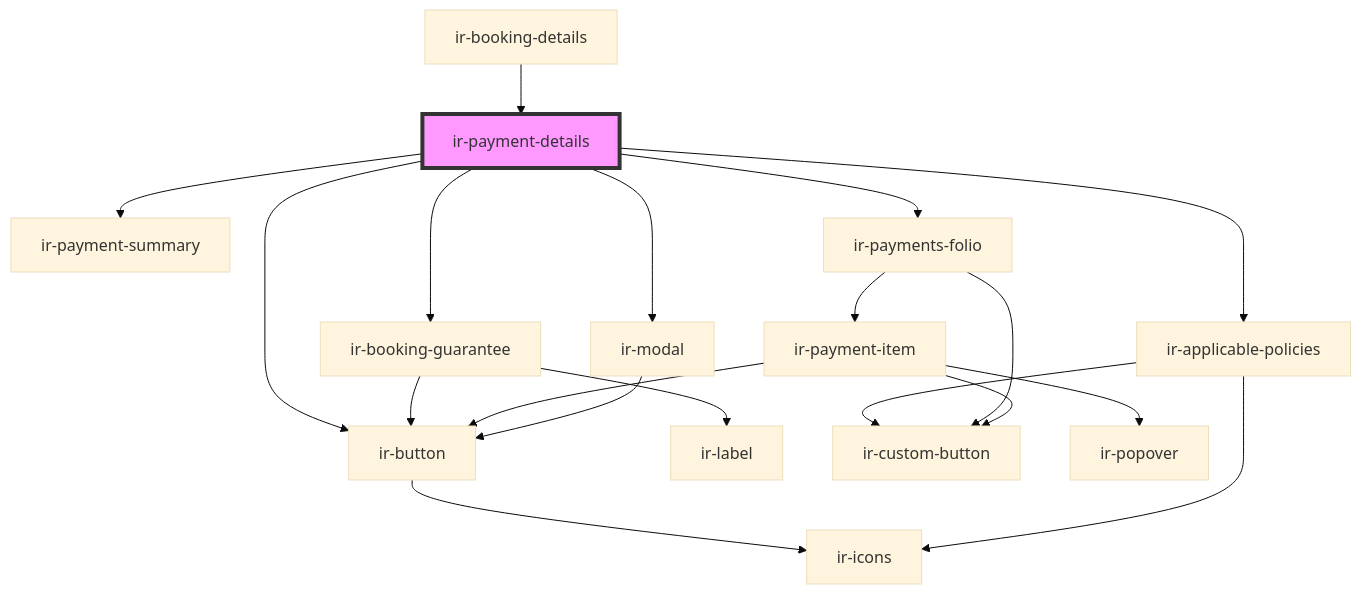
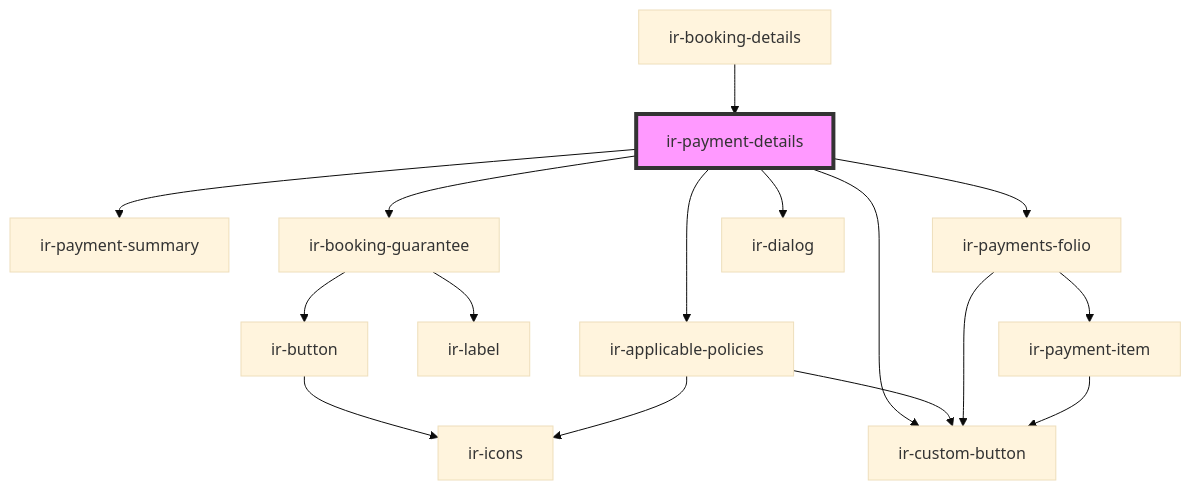
The diagram in src/components/ir-booking-details/ir-payment-details/readme.md (David1Chowaifaty/modified-ir-webcmp), drawn with Mermaid (base theme) before and after one commit. The commit also changed other lines of this file and 69 other files, not shown here.

````diff
--- a/src/components/ir-booking-details/ir-payment-details/readme.md
+++ b/src/components/ir-booking-details/ir-payment-details/readme.md
@@ -45,22 +45,19 @@
 ```mermaid
 graph TD;
   ir-payment-details --> ir-payment-summary
   ir-payment-details --> ir-booking-guarantee
   ir-payment-details --> ir-applicable-policies
-  ir-payment-details --> ir-button
+  ir-payment-details --> ir-custom-button
   ir-payment-details --> ir-payments-folio
-  ir-payment-details --> ir-modal
+  ir-payment-details --> ir-dialog
   ir-booking-guarantee --> ir-label
   ir-booking-guarantee --> ir-button
   ir-button --> ir-icons
   ir-applicable-policies --> ir-custom-button
   ir-applicable-policies --> ir-icons
   ir-payments-folio --> ir-payment-item
   ir-payments-folio --> ir-custom-button
-  ir-payment-item --> ir-popover
-  ir-payment-item --> ir-button
   ir-payment-item --> ir-custom-button
-  ir-modal --> ir-button
   ir-booking-details --> ir-payment-details
   style ir-payment-details fill:#f9f,stroke:#333,stroke-width:4px
 ```
````
